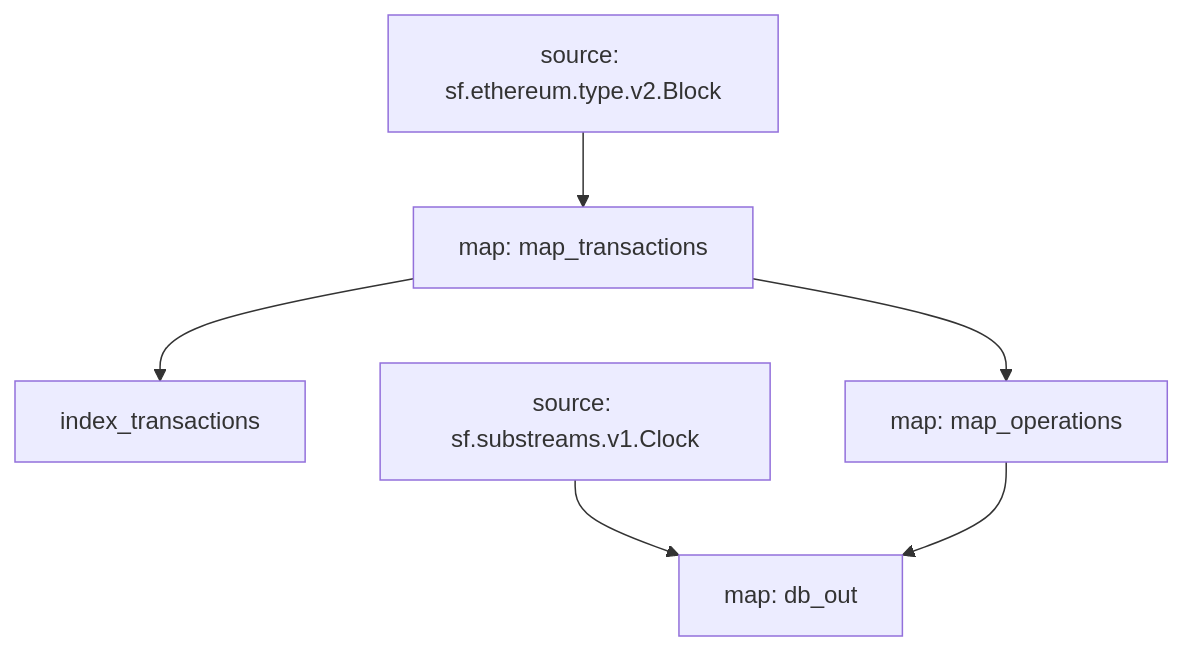
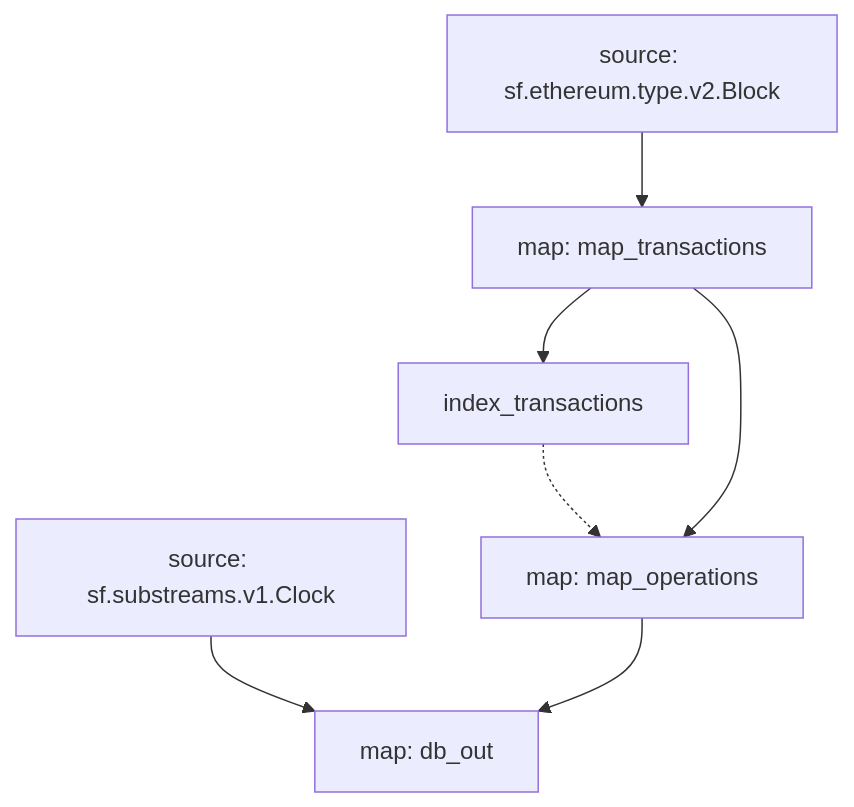
One commit to pinax-network/substreams-inscriptions changed the diagram in README.md. Above: the diagram before and after it, drawn with Mermaid.

Commit message:
Update chart

````diff
--- a/README.md
+++ b/README.md
@@ -25,11 +25,12 @@
 ```mermaid
 graph TD;
   map_transactions --> index_transactions;
+  index_transactions -.-> map_operations;
   map_transactions[map: map_transactions];
   sf.ethereum.type.v2.Block[source: sf.ethereum.type.v2.Block] --> map_transactions;
   map_operations[map: map_operations];
   map_transactions --> map_operations;
   db_out[map: db_out];
   sf.substreams.v1.Clock[source: sf.substreams.v1.Clock] --> db_out;
   map_operations --> db_out;
 ```
````
